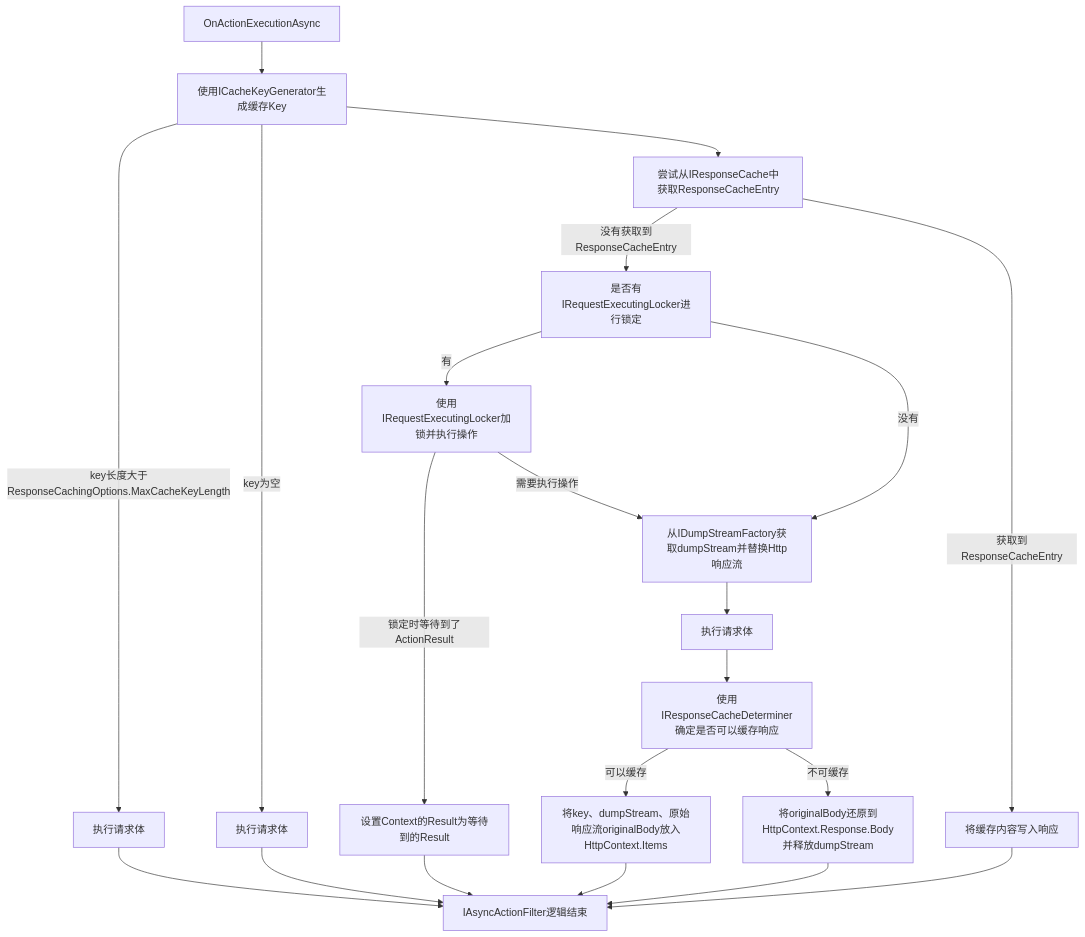
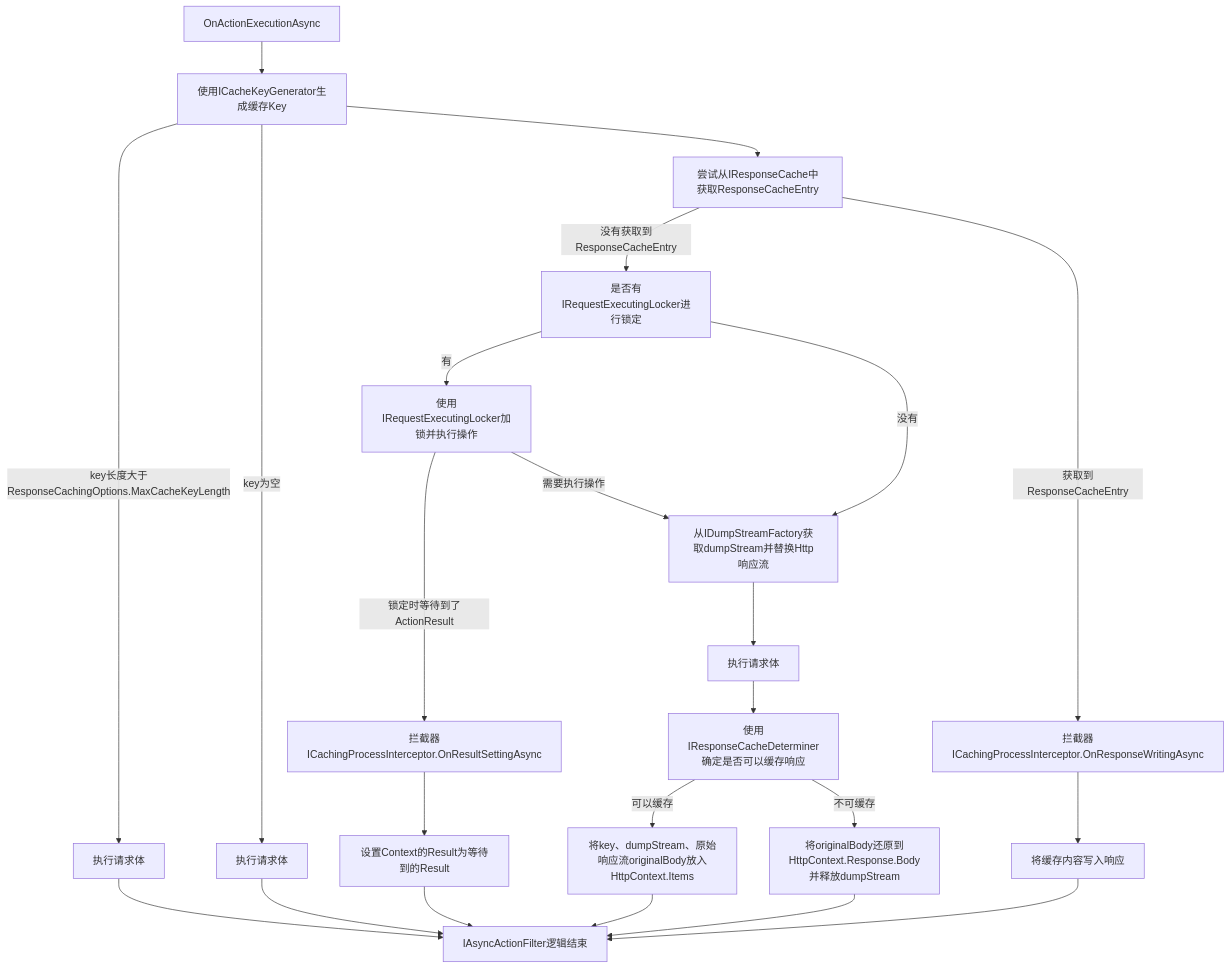
Before and after one commit to stratosblue/Cuture.AspNetCore.ResponseCaching: the seventh of 8 diagrams in flow_of_execution.md, drawn with Mermaid. The commit also changed other lines of this file and 2 other files, not shown here.

Commit message:
调整流程图和文档；

````diff
--- a/flow_of_execution.md
+++ b/flow_of_execution.md
@@ -96,19 +111,20 @@
 ```mermaid
 graph TD
     PA["OnActionExecutionAsync"] -->
     P1["使用ICacheKeyGenerator生成缓存Key"]
         P1 --key长度大于ResponseCachingOptions.MaxCacheKeyLength--> P11["执行请求体"] --> PAE
         P1 --key为空--> P12["执行请求体"] --> PAE
         P1 --> P2
     P2["尝试从IResponseCache中获取ResponseCacheEntry"]
         P2 --获取到ResponseCacheEntry--> P3
         P2 --没有获取到ResponseCacheEntry--> P22["是否有IRequestExecutingLocker进行锁定"]
             P22 --有--> P221["使用IRequestExecutingLocker加锁并执行操作"]
-                P221 --锁定时等待到了ActionResult--> P2211["设置Context的Result为等待到的Result"] --> PAE
+                P221 --锁定时等待到了ActionResult--> P2211["拦截器ICachingProcessInterceptor.OnResultSettingAsync"] --> P22111["设置Context的Result为等待到的Result"] --> PAE
                 P221 --需要执行操作--> P222
             P22 --没有--> P222["从IDumpStreamFactory获取dumpStream并替换Http响应流"] --> P2221["执行请求体"] --> P22211["使用IResponseCacheDeterminer确定是否可以缓存响应"] 
                 P22211 --可以缓存--> P222111["将key、dumpStream、原始响应流originalBody放入HttpContext.Items"] --> PAE
                 P22211 --不可缓存--> P222112["将originalBody还原到HttpContext.Response.Body并释放dumpStream"] --> PAE
-    P3["将缓存内容写入响应"] --> PAE
+    P3["拦截器ICachingProcessInterceptor.OnResponseWritingAsync"] -->
+    P4["将缓存内容写入响应"] --> PAE
     PAE["IAsyncActionFilter逻辑结束"]
 ```
````
